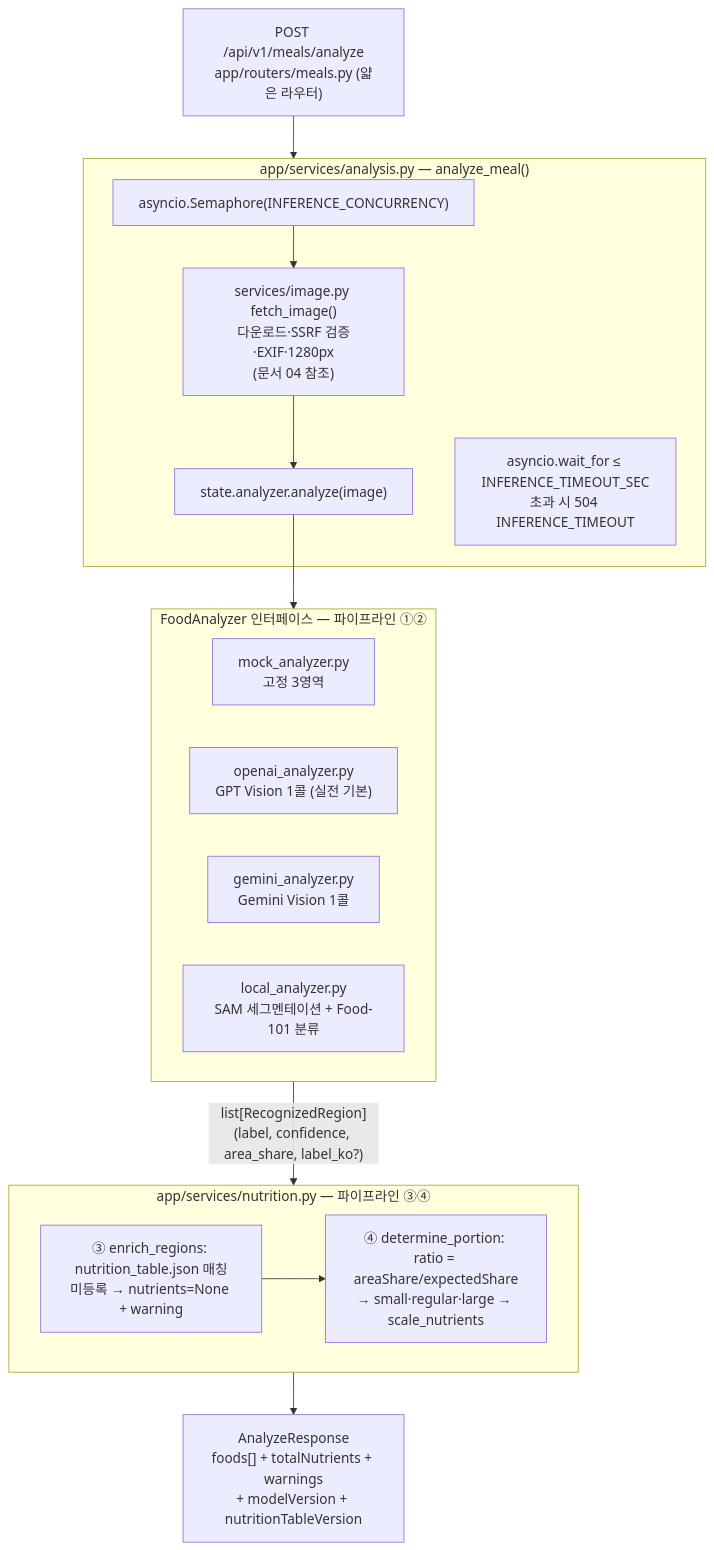
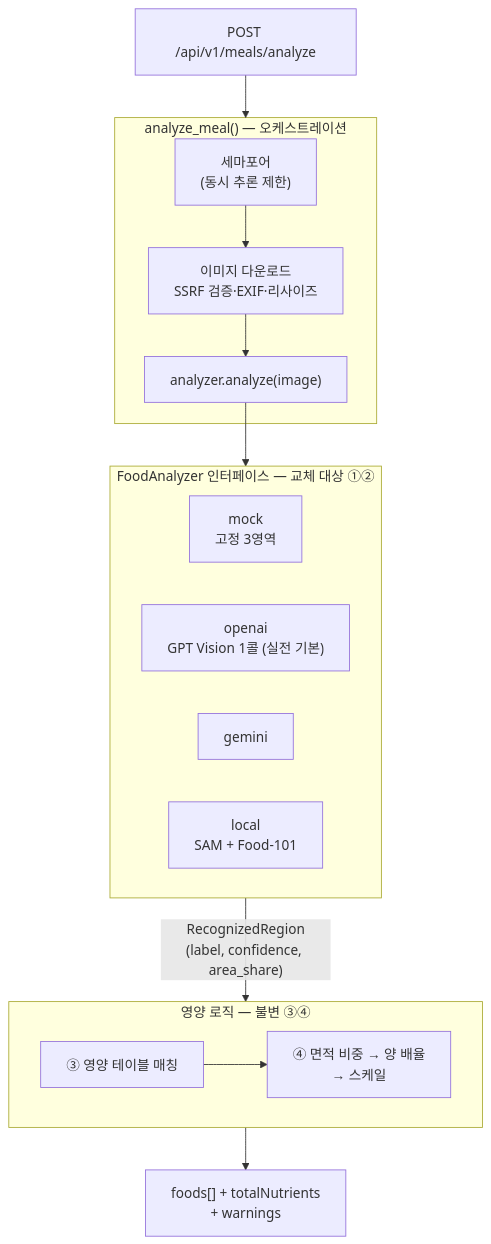
The diagram in public/mds/kkinitalk/impl-1-pipeline.md (Jinacker/PortFolio), drawn with Mermaid before and after one commit. The commit also changed other lines of this file and 31 other files, not shown here.

````diff
--- a/public/mds/kkinitalk/impl-1-pipeline.md
+++ b/public/mds/kkinitalk/impl-1-pipeline.md
@@ -85,28 +34,25 @@
 ```mermaid
 flowchart TB
-    REQ["POST /api/v1/meals/analyze<br/>app/routers/meals.py (얇은 라우터)"] --> ORCH
+    REQ["POST /api/v1/meals/analyze"] --> ORCH
 
-    subgraph ORCH["app/services/analysis.py — analyze_meal()"]
-        SEM["asyncio.Semaphore(INFERENCE_CONCURRENCY)"] --> DL["services/image.py fetch_image()<br/>다운로드·SSRF 검증·EXIF·1280px<br/>(문서 04 참조)"]
-        DL --> AN["state.analyzer.analyze(image)"]
-        TO["asyncio.wait_for ≤ INFERENCE_TIMEOUT_SEC<br/>초과 시 504 INFERENCE_TIMEOUT"]
+    subgraph ORCH["analyze_meal() — 오케스트레이션"]
+        SEM["세마포어<br/>(동시 추론 제한)"] --> DL["이미지 다운로드<br/>SSRF 검증·EXIF·리사이즈"]
+        DL --> AN["analyzer.analyze(image)"]
     end
 
-    subgraph IFACE["FoodAnalyzer 인터페이스 — 파이프라인 ①②"]
-        MOCK["mock_analyzer.py<br/>고정 3영역"]
-        OAI["openai_analyzer.py<br/>GPT Vision 1콜 (실전 기본)"]
-        GEM["gemini_analyzer.py<br/>Gemini Vision 1콜"]
-        LOC["local_analyzer.py<br/>SAM 세그멘테이션 + Food-101 분류"]
+    subgraph IFACE["FoodAnalyzer 인터페이스 — 교체 대상 ①②"]
+        MOCK["mock<br/>고정 3영역"]
+        OAI["openai<br/>GPT Vision 1콜 (실전 기본)"]
+        GEM["gemini"]
+        LOC["local<br/>SAM + Food-101"]
     end
 
     AN --> IFACE
-    IFACE -- "list[RecognizedRegion]<br/>(label, confidence, area_share, label_ko?)" --> NUT
+    IFACE -- "RecognizedRegion<br/>(label, confidence, area_share)" --> NUT
 
-    subgraph NUT["app/services/nutrition.py — 파이프라인 ③④"]
-        M3["③ enrich_regions: nutrition_table.json 매칭<br/>미등록 → nutrients=None + warning"]
-        M4["④ determine_portion: ratio = areaShare/expectedShare<br/>→ small·regular·large → scale_nutrients"]
-        M3 --> M4
+    subgraph NUT["영양 로직 — 불변 ③④"]
+        M3["③ 영양 테이블 매칭"] --> M4["④ 면적 비중 → 양 배율<br/>→ 스케일"]
     end
 
-    NUT --> RESP["AnalyzeResponse<br/>foods[] + totalNutrients + warnings<br/>+ modelVersion + nutritionTableVersion"]
+    NUT --> RESP["foods[] + totalNutrients<br/>+ warnings"]
 ```
````
